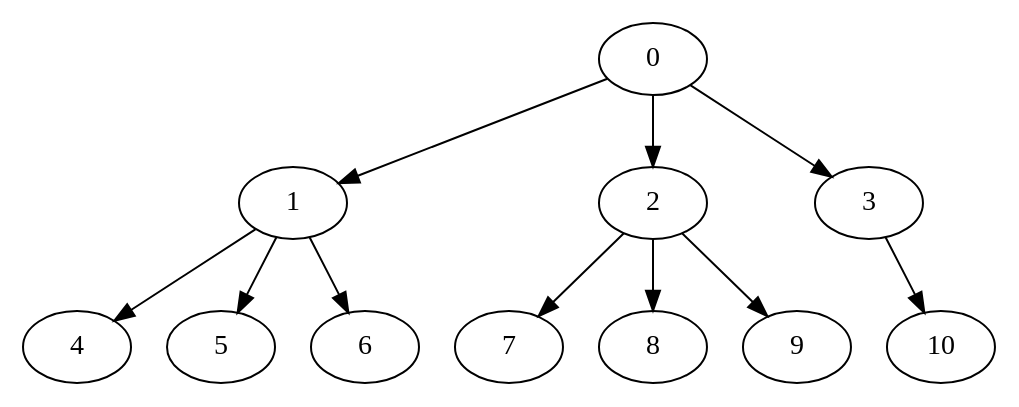
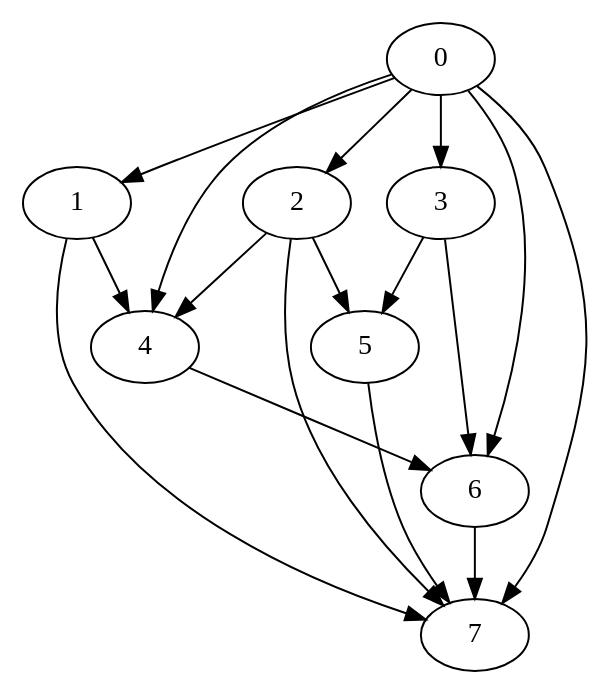
The diagram in src/input8.dot (Jordanwmk/Paralex), drawn with Graphviz before and after one commit. The commit also changed 7 other files, not shown here.

```diff
--- a/src/input8.dot
+++ b/src/input8.dot
@@ -1,23 +1,26 @@
-digraph "OutTree-Balanced-MaxBf-3_Nodes_11_CCR_0.1_WeightType_Random" {
-	0	 [Weight=50];
-	1	 [Weight=70];
-	0 -> 1	 [Weight=9];
-	2	 [Weight=90];
-	0 -> 2	 [Weight=7];
-	3	 [Weight=100];
-	0 -> 3	 [Weight=4];
-	4	 [Weight=40];
-	1 -> 4	 [Weight=10];
-	5	 [Weight=20];
-	1 -> 5	 [Weight=7];
-	6	 [Weight=100];
-	1 -> 6	 [Weight=5];
-	7	 [Weight=80];
-	2 -> 7	 [Weight=5];
-	8	 [Weight=50];
-	2 -> 8	 [Weight=3];
-	9	 [Weight=20];
-	2 -> 9	 [Weight=10];
-	10	 [Weight=20];
-	3 -> 10	 [Weight=4];
+digraph "Random_Nodes_8_Density_2.0_CCR_0.1_weightType_Random" {
+	0	 [weight="35"];
+	1	 [weight="88"];
+	0 -> 1	 [weight="3"];
+	2	 [weight="176"];
+	0 -> 2	 [weight="9"];
+	3	 [weight="159"];
+	0 -> 3	 [weight="7"];
+	4	 [weight="176"];
+	0 -> 4	 [weight="5"];
+	6	 [weight="141"];
+	0 -> 6	 [weight="4"];
+	7	 [weight="53"];
+	0 -> 7	 [weight="9"];
+	1 -> 4	 [weight="10"];
+	1 -> 7	 [weight="6"];
+	2 -> 4	 [weight="8"];
+	5	 [weight="141"];
+	2 -> 5	 [weight="6"];
+	2 -> 7	 [weight="3"];
+	3 -> 5	 [weight="5"];
+	3 -> 6	 [weight="8"];
+	4 -> 6	 [weight="2"];
+	5 -> 7	 [weight="4"];
+	6 -> 7	 [weight="8"];
 }
```
